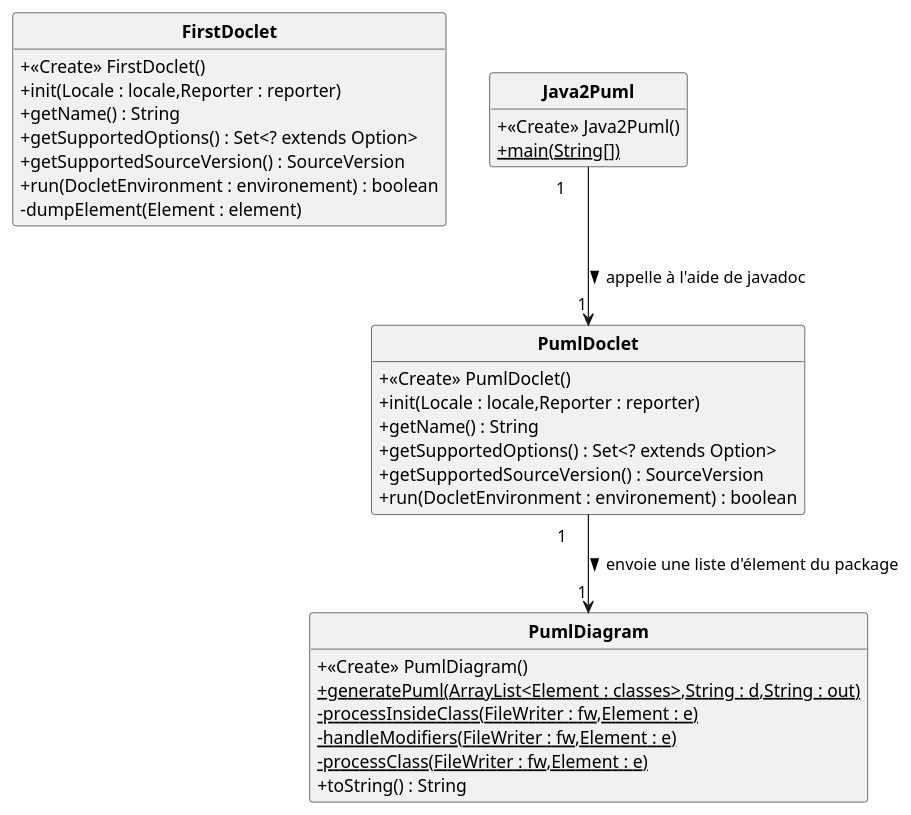
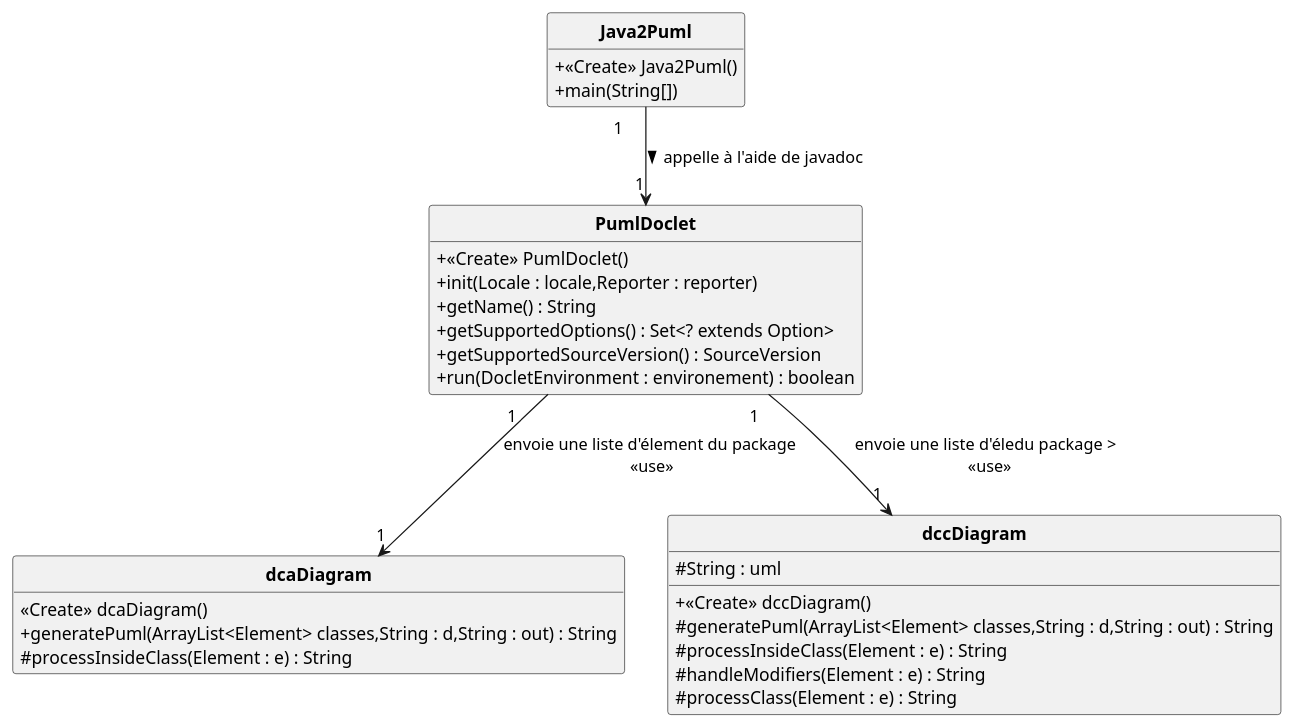
One commit to yassinkioua/Projet-PumlFromJava changed the diagram in uml/DCC_pumlFromJava.puml. Above: the diagram before and after it, drawn with PlantUML. The commit also changed 10 other files, not shown here.

Commit message:
Maj diagramme

```diff
--- a/uml/DCC_pumlFromJava.puml
+++ b/uml/DCC_pumlFromJava.puml
@@ -1,43 +1,49 @@
 @startuml
 'https://plantuml.com/class-diagram
  skinparam classAttributeIconSize 0
 skinparam classFontStyle Bold
 skinparam style strictuml
 hide empty members
 
-class FirstDoclet{
-+ <<Create>> FirstDoclet()
-+ init(Locale : locale,Reporter : reporter)
-+ getName() : String
-+ getSupportedOptions() : Set<? extends Option>
-+ getSupportedSourceVersion() : SourceVersion
-+ run(DocletEnvironment : environement) : boolean
-- dumpElement(Element : element)
+class dcaDiagram{
+<<Create>> dcaDiagram()
++ generatePuml(ArrayList<Element> classes,String : d,String : out) : String
+# processInsideClass(Element : e) : String
+}
+
+class dccDiagram{
+# String : uml
++ <<Create>> dccDiagram()
+# generatePuml(ArrayList<Element> classes,String : d,String : out) : String
+# processInsideClass(Element : e) : String
+# handleModifiers(Element : e) : String
+# processClass(Element : e) : String
  }
+
+
+
 class PumlDoclet{
 + <<Create>> PumlDoclet()
 + init(Locale : locale,Reporter : reporter)
 + getName() : String
 + getSupportedOptions() : Set<? extends Option>
 + getSupportedSourceVersion() : SourceVersion
 + run(DocletEnvironment : environement) : boolean
 
  }
-class PumlDiagram{
-+ <<Create>> PumlDiagram()
-+ {static} generatePuml(ArrayList<Element : classes>,String : d,String : out)
-- {static} processInsideClass(FileWriter : fw,Element : e)
-- {static} handleModifiers(FileWriter : fw,Element : e)
-- {static} processClass(FileWriter : fw,Element : e)
-+ toString() : String
 
- }
 class Java2Puml{
 + <<Create>> Java2Puml()
-+ {static} main(String[])
++ main(String[])
  }
 
+'enum PumlType <<enum>> {
+'  DCA
+'  DCC
+'}
+
 Java2Puml " 1\t" --> "\t1" PumlDoclet : appelle à l'aide de javadoc >
-PumlDoclet " 1\t" --> "\t1" PumlDiagram : envoie une liste d'élement du package >
+PumlDoclet " 1\t" --> "\t1" dcaDiagram  : envoie une liste d'élement du package \n<<use>>
+PumlDoclet " 1\t" --> "\t1" dccDiagram : envoie une liste d'éledu package > \n <<use>>
 
 @enduml
```
